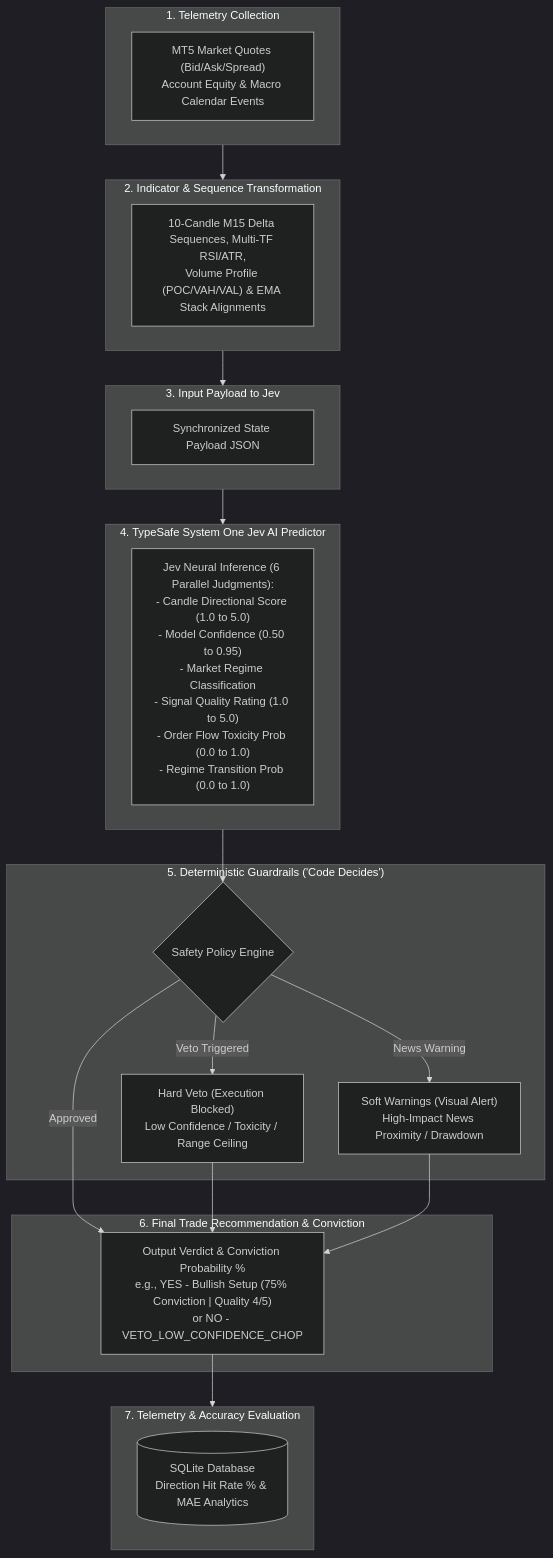
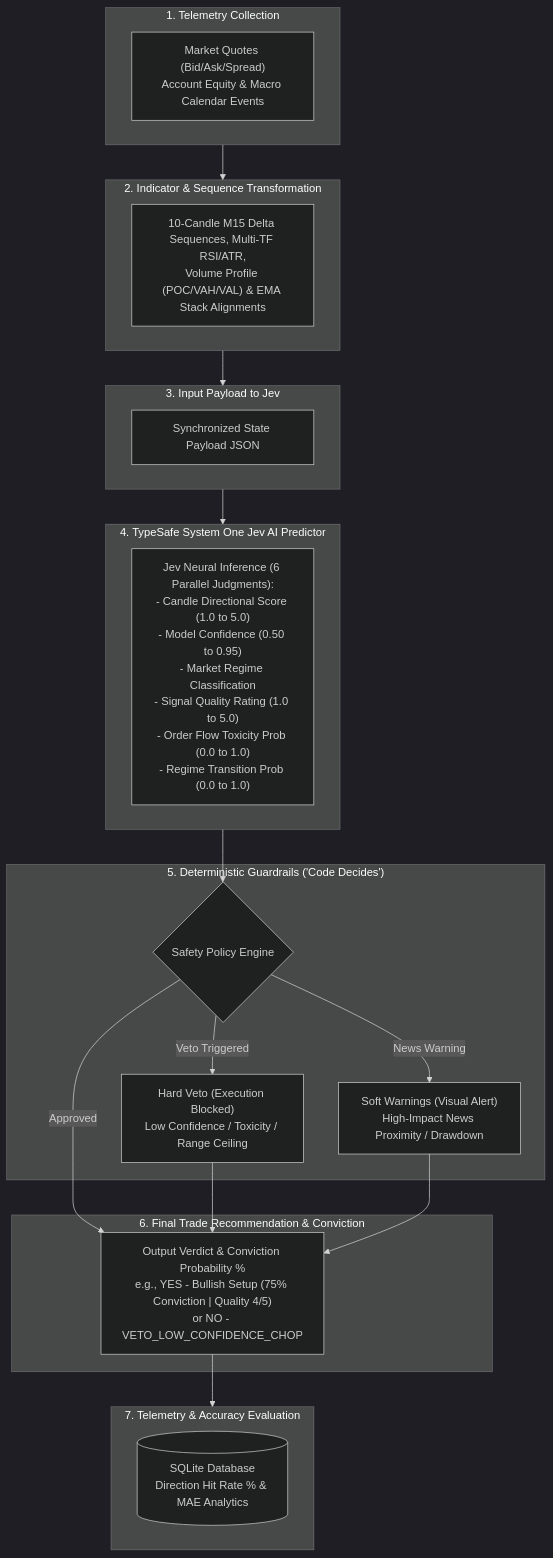
Before and after one commit to timnikolov/jev-system-one-ai-engine: the diagram in README.md, drawn with Mermaid (dark theme). The commit also changed other lines of this file and 2 other files, not shown here.

Commit message:
refactor: Remove MT5 specific references to make architecture 100% brokerage agnostic

````diff
--- a/README.md
+++ b/README.md
@@ -28,43 +28,43 @@
 ```mermaid
 flowchart TD
     subgraph Step1 ["1. Telemetry Collection"]
-        A["MT5 Market Quotes (Bid/Ask/Spread)<br/>Account Equity & Macro Calendar Events"]
+        A["Market Quotes (Bid/Ask/Spread)<br/>Account Equity & Macro Calendar Events"]
     end
 
     subgraph Step2 ["2. Indicator & Sequence Transformation"]
         B["10-Candle M15 Delta Sequences, Multi-TF RSI/ATR,<br/>Volume Profile (POC/VAH/VAL) & EMA Stack Alignments"]
     end
 
     subgraph Step3 ["3. Input Payload to Jev"]
         C["Synchronized State Payload JSON"]
     end
 
     subgraph Step4 ["4. TypeSafe System One Jev AI Predictor"]
         D["Jev Neural Inference (6 Parallel Judgments):<br/>- Candle Directional Score (1.0 to 5.0)<br/>- Model Confidence (0.50 to 0.95)<br/>- Market Regime Classification<br/>- Signal Quality Rating (1.0 to 5.0)<br/>- Order Flow Toxicity Prob (0.0 to 1.0)<br/>- Regime Transition Prob (0.0 to 1.0)"]
     end
 
     subgraph Step5 ["5. Deterministic Guardrails ('Code Decides')"]
         E{"Safety Policy Engine"}
         F["Hard Veto (Execution Blocked)<br/>Low Confidence / Toxicity / Range Ceiling"]
         G["Soft Warnings (Visual Alert)<br/>High-Impact News Proximity / Drawdown"]
     end
 
     subgraph Step6 ["6. Final Trade Recommendation & Conviction"]
         H["Output Verdict & Conviction Probability %<br/>e.g., YES - Bullish Setup (75% Conviction | Quality 4/5)<br/>or NO - VETO_LOW_CONFIDENCE_CHOP"]
     end
 
     subgraph Step7 ["7. Telemetry & Accuracy Evaluation"]
         I[("SQLite Database<br/>Direction Hit Rate % & MAE Analytics")]
     end
 
     Step1 --> Step2
     Step2 --> Step3
     Step3 --> Step4
     Step4 --> E
     E -->|Veto Triggered| F
     E -->|News Warning| G
     E -->|Approved| H
     F --> H
     G --> H
     H --> Step7
 ```
````
